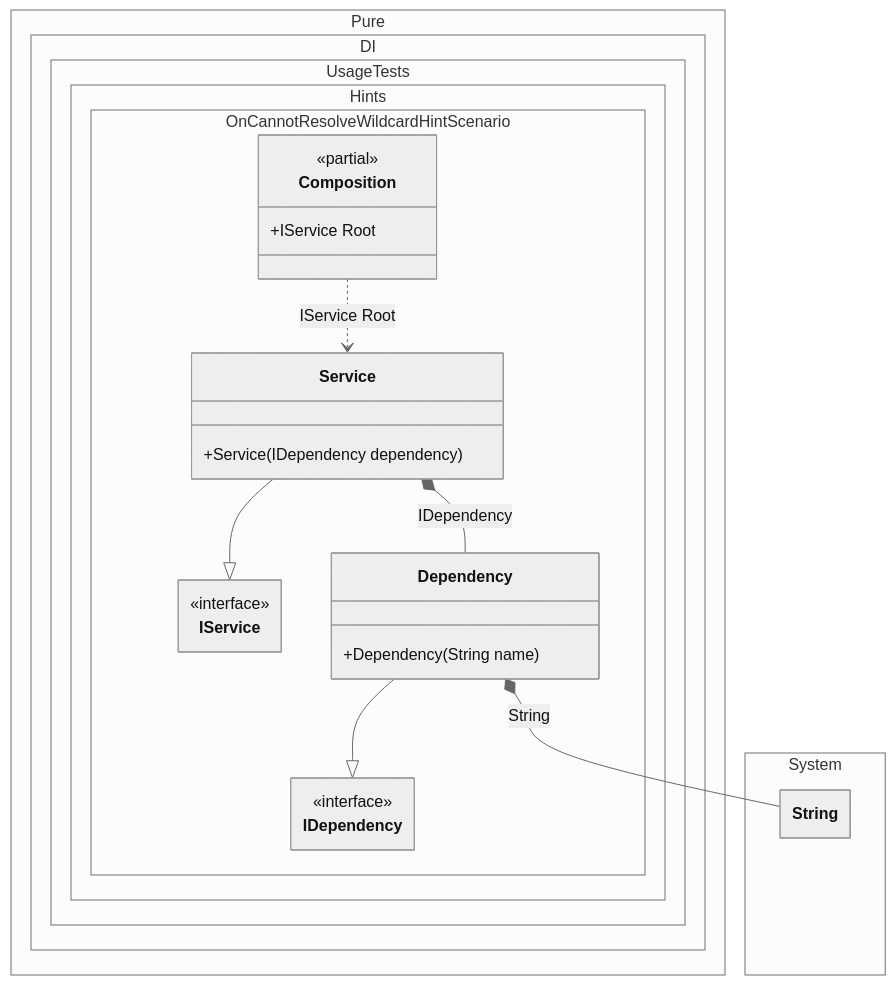
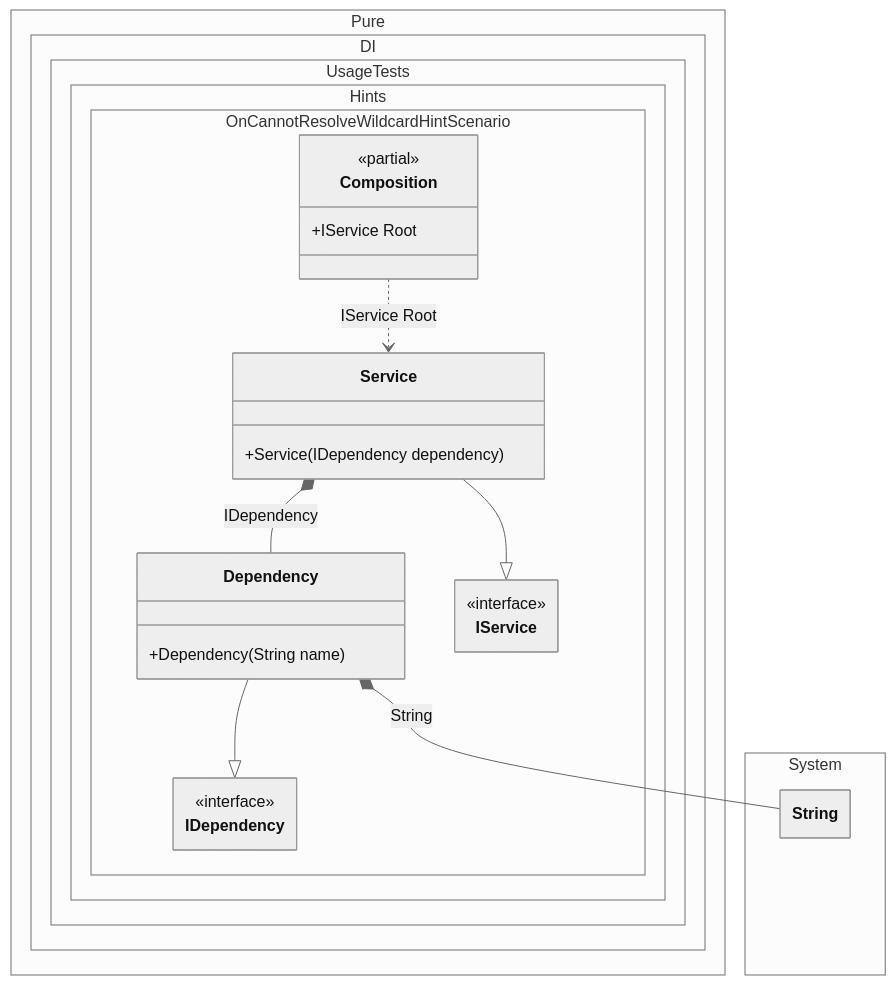
The diagram in readme/oncannotresolve-wildcard-hint.md (DevTeam/Pure.DI), drawn with Mermaid (neutral theme) before and after one commit. The commit also changed other lines of this file and 113 other files, not shown here.

````diff
--- a/readme/oncannotresolve-wildcard-hint.md
+++ b/readme/oncannotresolve-wildcard-hint.md
@@ -122,35 +122,35 @@
 ```mermaid
 ---
  config:
   class:
    hideEmptyMembersBox: true
 ---
 classDiagram
+	Dependency --|> IDependency
 	Service --|> IService
-	Dependency --|> IDependency
 	Composition ..> Service : IService Root
+	Dependency *--  String : String
 	Service *--  Dependency : IDependency
-	Dependency *--  String : String
 	namespace Pure.DI.UsageTests.Hints.OnCannotResolveWildcardHintScenario {
 		class Composition {
 		<<partial>>
 		+IService Root
 		}
 		class Dependency {
 			+Dependency(String name)
 		}
 		class IDependency {
 			<<interface>>
 		}
 		class IService {
 			<<interface>>
 		}
 		class Service {
 			+Service(IDependency dependency)
 		}
 	}
 	namespace System {
 		class String {
 		}
 	}
 ```
````
